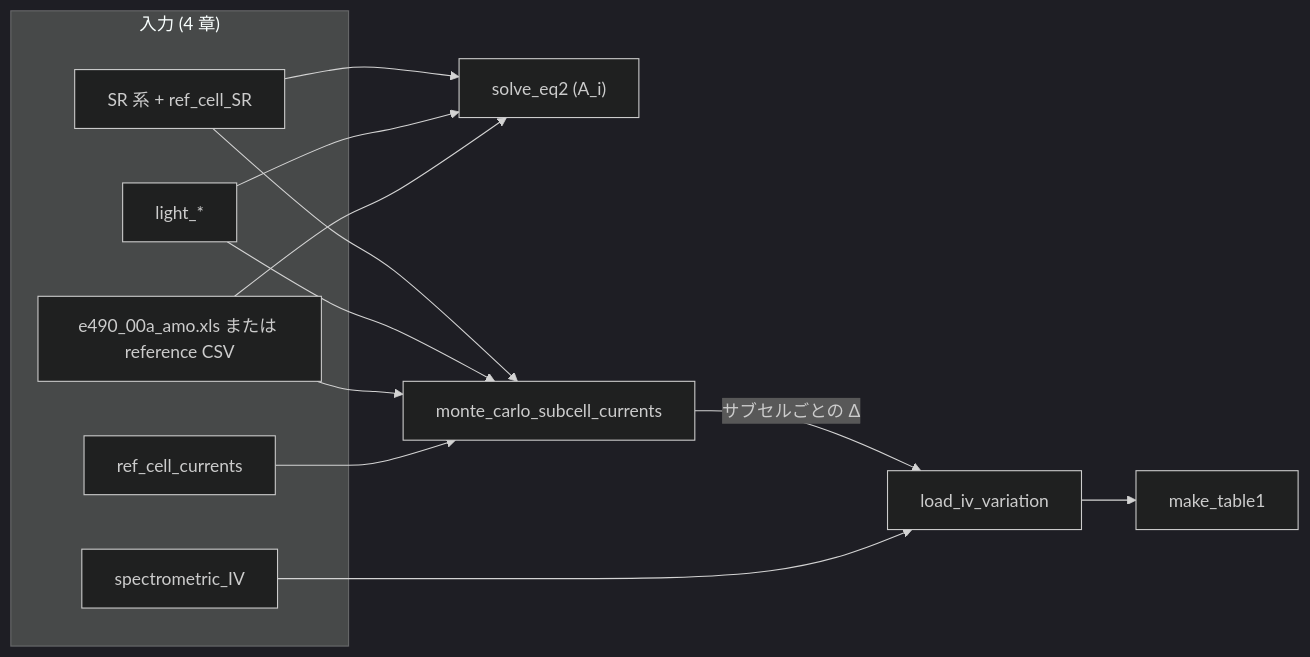
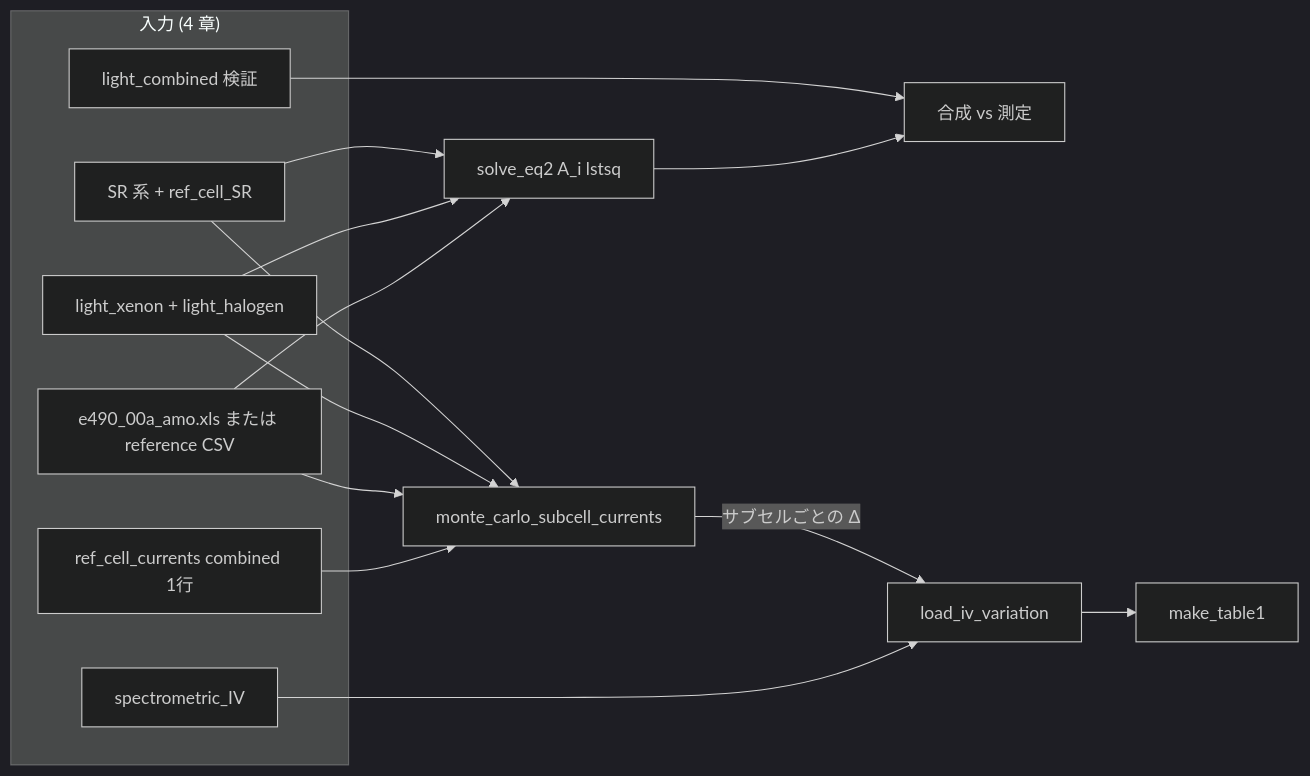
One commit to shirokawakita/proceedure_of_uncetainties_analysis_for_solar_simulator changed the second of 2 diagrams in README.md. Above: the diagram before and after it, drawn with Mermaid (dark theme). The commit also changed other lines of this file and 13 other files, not shown here.

````diff
--- a/README.md
+++ b/README.md
@@ -364,20 +397,23 @@
 ```mermaid
 flowchart LR
   subgraph inputs["入力 (4 章)"]
     SR["SR 系 + ref_cell_SR"]
-    L["light_*"]
+    L["light_xenon + light_halogen"]
+    LC["light_combined 検証"]
     R["e490_00a_amo.xls または reference CSV"]
-    Jref["ref_cell_currents"]
+    Jref["ref_cell_currents combined 1行"]
     IV["spectrometric_IV"]
   end
-  SR --> EQ2["solve_eq2 (A_i)"]
+  SR --> EQ2["solve_eq2 A_i lstsq"]
   L --> EQ2
   R --> EQ2
+  LC --> CHECK["合成 vs 測定"]
+  EQ2 --> CHECK
   SR --> MC["monte_carlo_subcell_currents"]
   L --> MC
   R --> MC
   Jref --> MC
   MC -->|"サブセルごとの Δ"| LOADIV["load_iv_variation"]
   IV --> LOADIV
   LOADIV --> T1["make_table1"]
 ```
````
